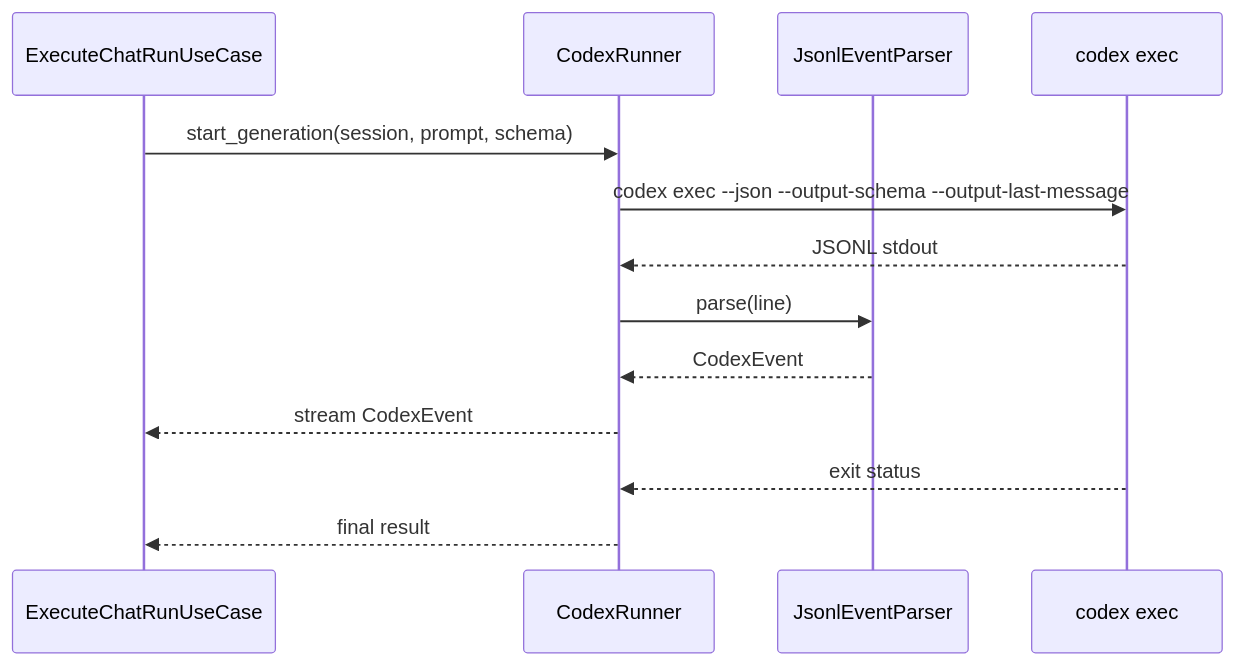
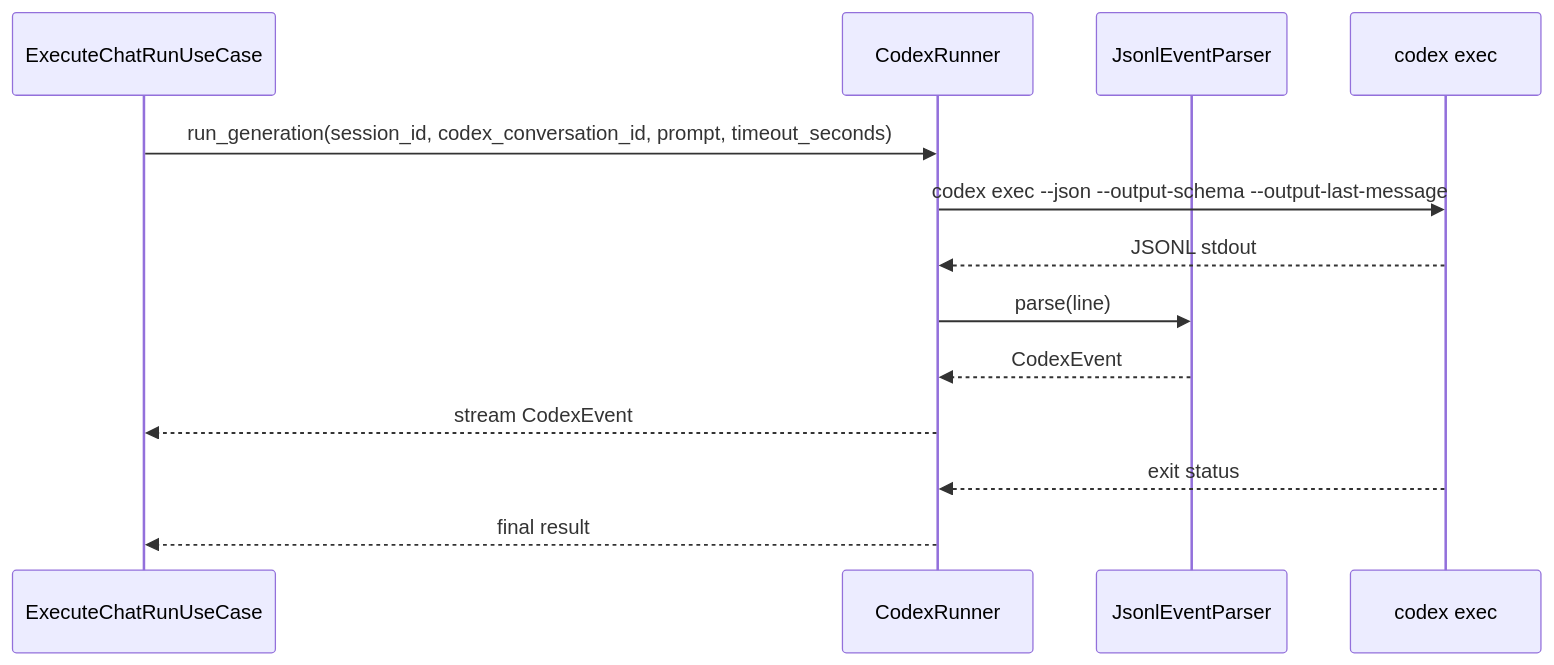
One commit to mincsys/D-Concierge changed the diagram in docs/03_内部設計/03_内部IF設計/Codex実行IF.md. Above: the diagram before and after it, drawn with Mermaid. The commit also changed other lines of this file and 28 other files, not shown here.

````diff
--- a/docs/03_内部設計/03_内部IF設計/Codex実行IF.md
+++ b/docs/03_内部設計/03_内部IF設計/Codex実行IF.md
@@ -26,16 +28,16 @@
 ```mermaid
 sequenceDiagram
     participant usecase as ExecuteChatRunUseCase
     participant runner as CodexRunner
     participant parser as JsonlEventParser
     participant codex as codex exec
 
-    usecase->>runner: start_generation(session, prompt, schema)
+    usecase->>runner: run_generation(session_id, codex_conversation_id, prompt, timeout_seconds)
     runner->>codex: codex exec --json --output-schema --output-last-message
     codex-->>runner: JSONL stdout
     runner->>parser: parse(line)
     parser-->>runner: CodexEvent
     runner-->>usecase: stream CodexEvent
     codex-->>runner: exit status
     runner-->>usecase: final result
 ```
````
